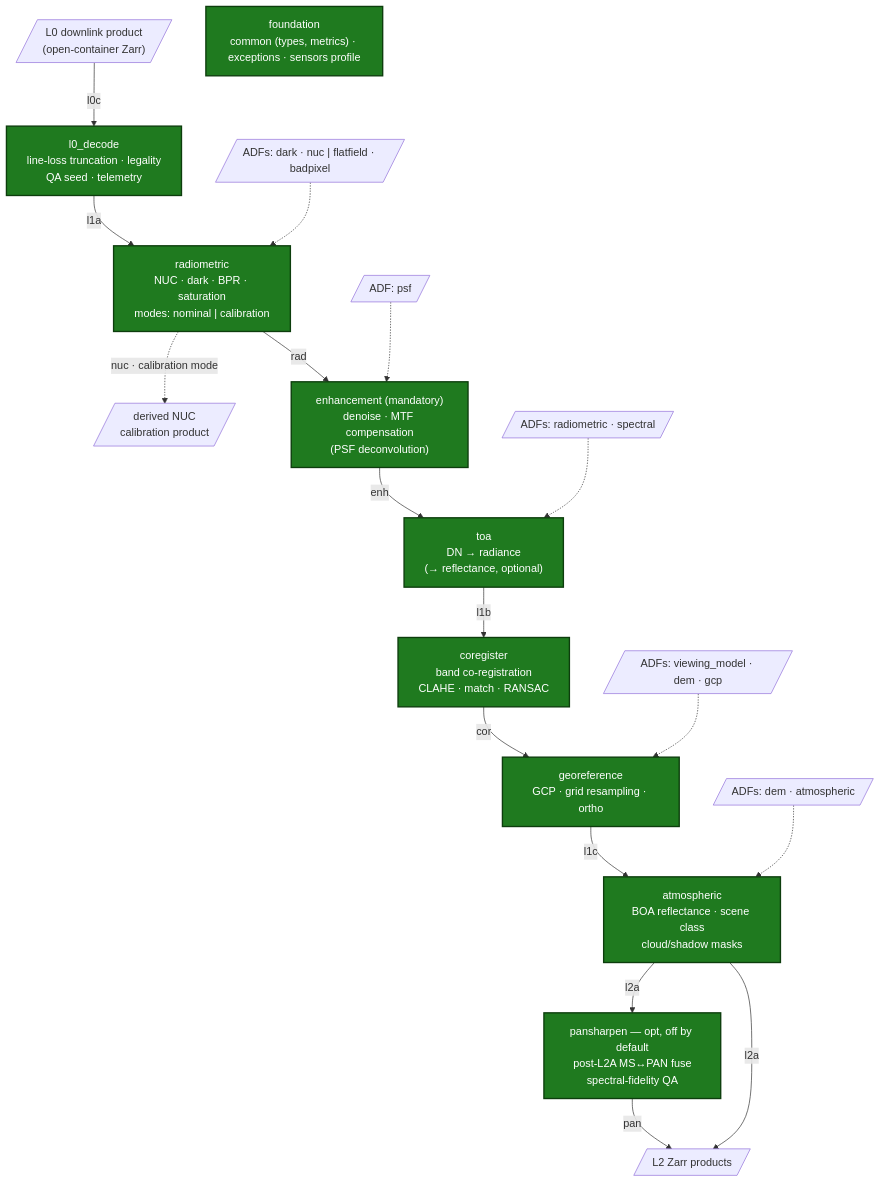
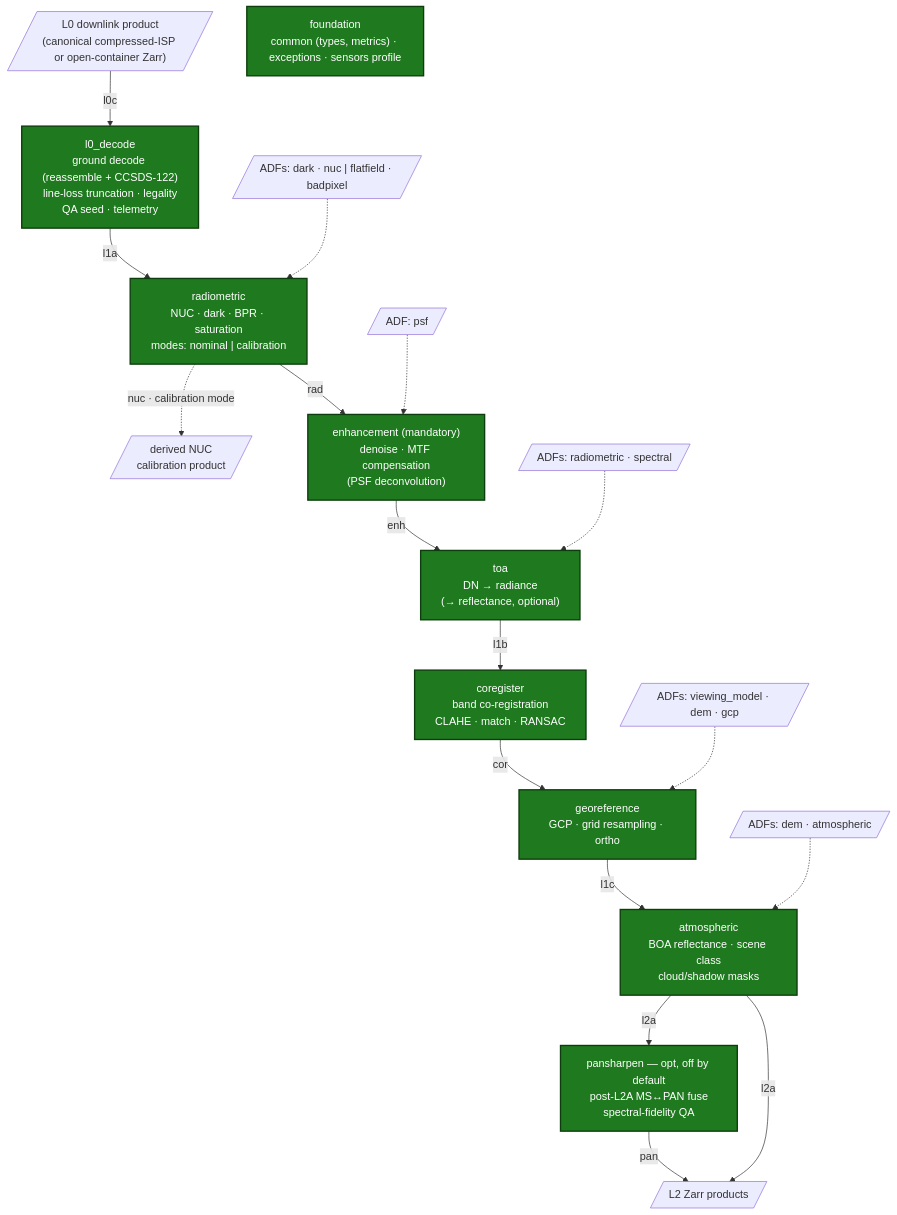
One commit to AstroCan17/msi-processor changed the diagram in README.md. Above: the diagram before and after it, drawn with Mermaid. The commit also changed other lines of this file and 14 other files, not shown here.

First line of the commit message:
feat(l0_decode): consumer-side ground decode of the canonical L0 (REQ-F-L0-06)

````diff
--- a/README.md
+++ b/README.md
@@ -37,25 +37,25 @@
 ```mermaid
 flowchart TD
-    RAW[/"L0 downlink product<br/>(open-container Zarr)"/] -- "l0c" --> L0["l0_decode<br/>line-loss truncation · legality<br/>QA seed · telemetry"]:::done
+    RAW[/"L0 downlink product<br/>(canonical compressed-ISP or open-container Zarr)"/] -- "l0c" --> L0["l0_decode<br/>ground decode (reassemble + CCSDS-122)<br/>line-loss truncation · legality<br/>QA seed · telemetry"]:::done
     L0 -- "l1a" --> RAD["radiometric<br/>NUC · dark · BPR · saturation<br/>modes: nominal | calibration"]:::done
     RAD -- "rad" --> ENH["enhancement (mandatory)<br/>denoise · MTF compensation<br/>(PSF deconvolution)"]:::done
     RAD -. "nuc · calibration mode" .-> CAL[/"derived NUC<br/>calibration product"/]
     ENH -- "enh" --> TOA["toa<br/>DN → radiance<br/>(→ reflectance, optional)"]:::done
     TOA -- "l1b" --> COR["coregister<br/>band co-registration<br/>CLAHE · match · RANSAC"]:::done
     COR -- "cor" --> GEO["georeference<br/>GCP · grid resampling · ortho"]:::done
     GEO -- "l1c" --> ATM["atmospheric<br/>BOA reflectance · scene class<br/>cloud/shadow masks"]:::done
     ATM -- "l2a" --> PRD[/"L2 Zarr products"/]
     ATM -- "l2a" --> PAN["pansharpen — opt, off by default<br/>post-L2A MS↔PAN fuse<br/>spectral-fidelity QA"]:::done
     PAN -- "pan" --> PRD
 
     A1[/"ADFs: dark · nuc | flatfield · badpixel"/] -.-> RAD
     A2[/"ADF: psf"/] -.-> ENH
     A3[/"ADFs: radiometric · spectral"/] -.-> TOA
     A4[/"ADFs: viewing_model · dem · gcp"/] -.-> GEO
     A5[/"ADFs: dem · atmospheric"/] -.-> ATM
 
     FOUND["foundation<br/>common (types, metrics) · exceptions · sensors profile"]:::done
 
     classDef done fill:#1f7a1f,color:#fff,stroke:#0d3d0d,stroke-width:2px;
     classDef todo fill:#3f3f3f,color:#eee,stroke:#222;
 ```
````
